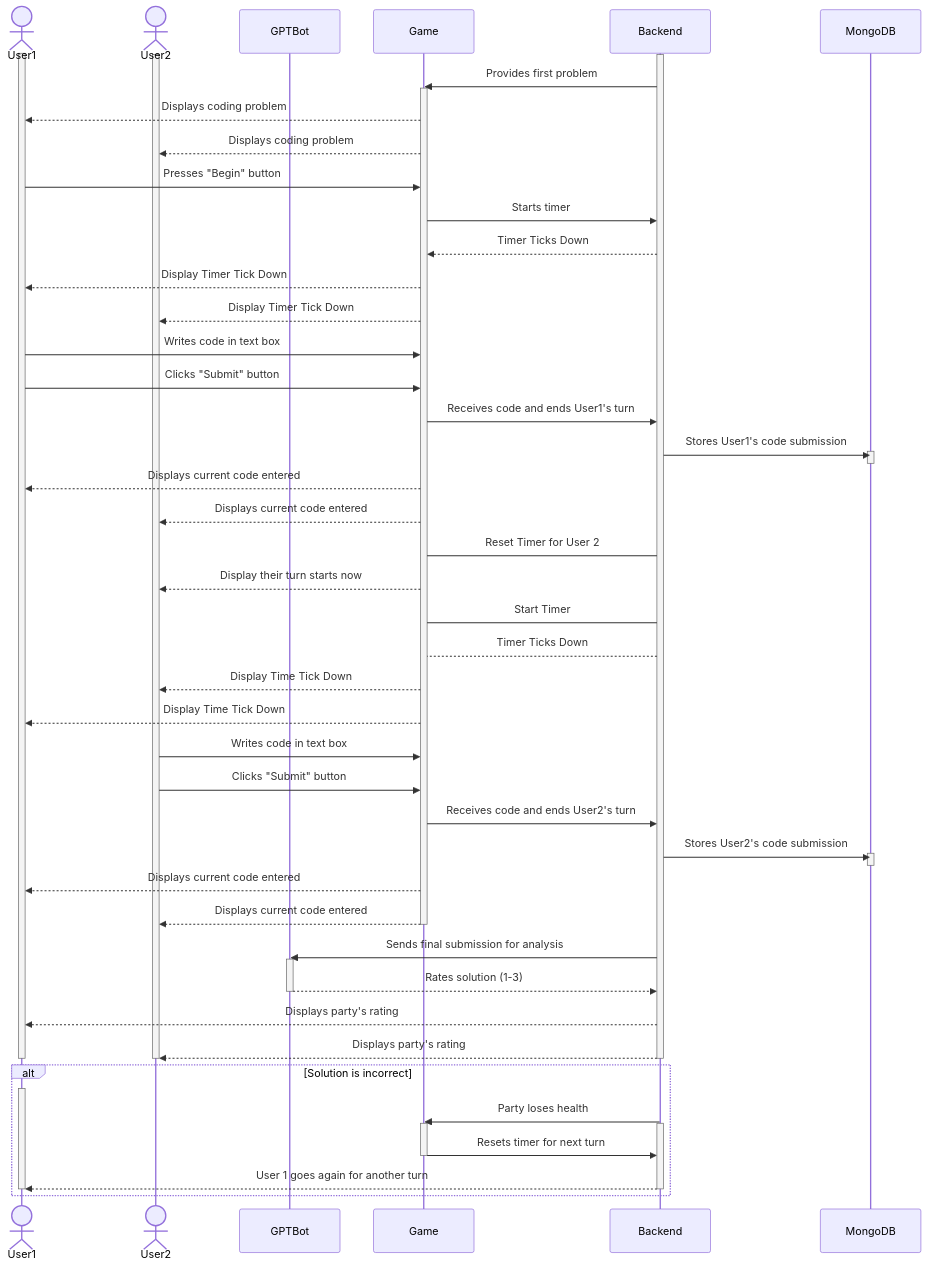
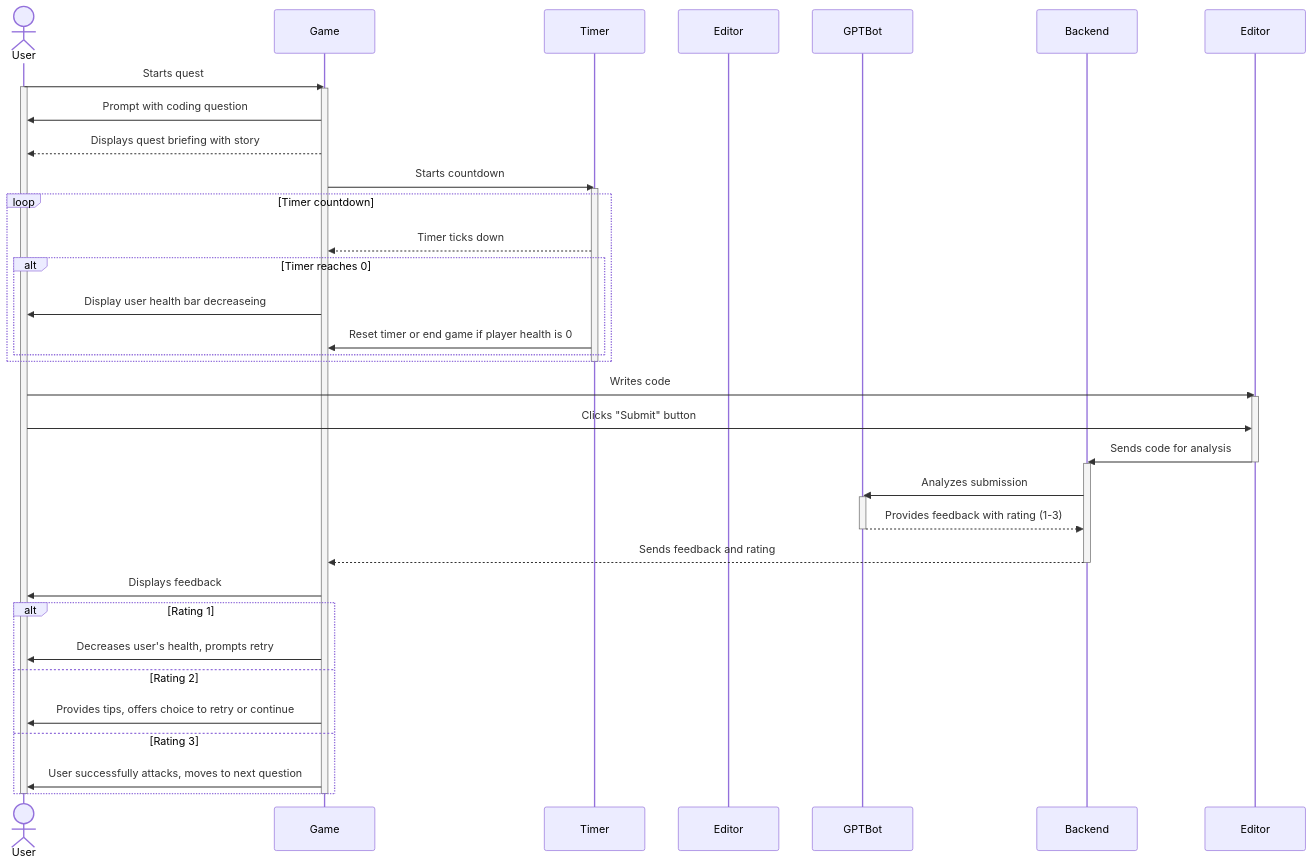
The sixth of 6 diagrams in documentation/docs/system-architecture/sequence-diagrams.md (capstone-projects-2024-fall/devs-and-dragons), drawn with Mermaid before and after one commit. The commit also changed other lines of this file, not shown here.

Commit message:
Update use case 12 into use case 6, with new diagram

````diff
--- a/documentation/docs/system-architecture/sequence-diagrams.md
+++ b/documentation/docs/system-architecture/sequence-diagrams.md
@@ -295,69 +295,53 @@
 ```mermaid
 sequenceDiagram
-    actor User1
-    actor User2 
+    actor User
+    participant Game
+    participant Timer
+    participant CodeEditor as Editor
     participant GPTBot
-    participant GameEngine as Game
     participant Backend
-    participant Database as MongoDB
 
-    activate User1
-    activate User2
+    User->>Game: Starts quest
+    activate User
+    activate Game
+    Game->>User: Prompt with coding question
+
+    Game-->>User: Displays quest briefing with story
+    Game->>Timer: Starts countdown
+    activate Timer
+    loop Timer countdown
+        Timer-->>Game: Timer ticks down
+        alt Timer reaches 0
+            Game->>User: Display user health bar decreaseing
+            Timer->>Game: Reset timer or end game if player health is 0
+        end
+    end
+    deactivate Timer
+    
+    User->>Editor: Writes code
+    activate Editor
+    User->>Editor: Clicks "Submit" button
+    Editor->>Backend: Sends code for analysis
+    deactivate Editor
+
     activate Backend
-    Backend->>GameEngine: Provides first problem
-    activate GameEngine
-    GameEngine-->>User1: Displays coding problem
-    GameEngine-->>User2: Displays coding problem
-    User1->>GameEngine: Presses "Begin" button
-    
-    GameEngine->>Backend: Starts timer
-    Backend-->>GameEngine: Timer Ticks Down
-    GameEngine-->>User1: Display Timer Tick Down
-    GameEngine-->>User2: Display Timer Tick Down
-    User1->>GameEngine: Writes code in text box
-    User1->>GameEngine: Clicks "Submit" button
-    GameEngine->>Backend: Receives code and ends User1's turn
-    Backend->>Database: Stores User1's code submission
-    activate Database
-    deactivate Database
-    GameEngine-->>User1: Displays current code entered
-    GameEngine-->>User2: Displays current code entered
-    GameEngine->Backend: Reset Timer for User 2
-    GameEngine-->>User2: Display their turn starts now
-    GameEngine->Backend: Start Timer
-    Backend-->GameEngine: Timer Ticks Down
-    GameEngine-->>User2: Display Time Tick Down
-    GameEngine-->>User1: Display Time Tick Down
-    User2->>GameEngine: Writes code in text box
-    User2->>GameEngine: Clicks "Submit" button
-    
-    GameEngine->>Backend: Receives code and ends User2's turn
-    
-    Backend->>Database: Stores User2's code submission
-    activate Database
-    deactivate Database
-    GameEngine-->>User1: Displays current code entered
-    GameEngine-->>User2: Displays current code entered
-    deactivate GameEngine
-    Backend->>GPTBot: Sends final submission for analysis
+    Backend->>GPTBot: Analyzes submission
     activate GPTBot
-    GPTBot-->>Backend: Rates solution (1-3)
+    GPTBot-->>Backend: Provides feedback with rating (1-3)
     deactivate GPTBot
-    Backend-->>User1: Displays party's rating
-    Backend-->>User2: Displays party's rating
+
+    Backend-->>Game: Sends feedback and rating
     deactivate Backend
-    deactivate User1
-    deactivate User2
-    alt Solution is incorrect
-        activate User1
-        Backend->>GameEngine: Party loses health
-        activate GameEngine
-        activate Backend
-        GameEngine->>Backend: Resets timer for next turn
-        deactivate GameEngine
-        Backend-->>User1: User 1 goes again for another turn
-        deactivate Backend
-        deactivate User1
-       
+
+    Game->>User: Displays feedback
+    alt Rating 1
+        Game->>User: Decreases user's health, prompts retry
+    else Rating 2
+        Game->>User: Provides tips, offers choice to retry or continue
+    else Rating 3
+        Game->>User: User successfully attacks, moves to next question
     end
+
+    deactivate Game
+    deactivate User
 ```
````
